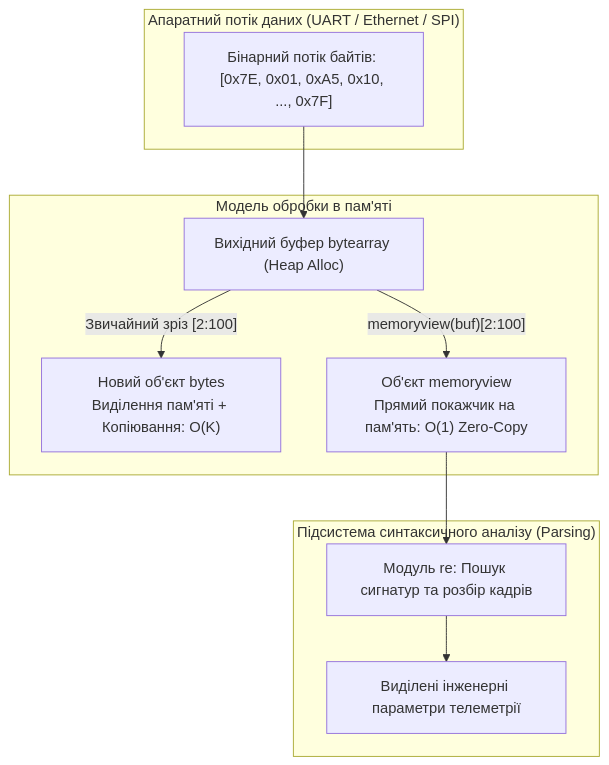
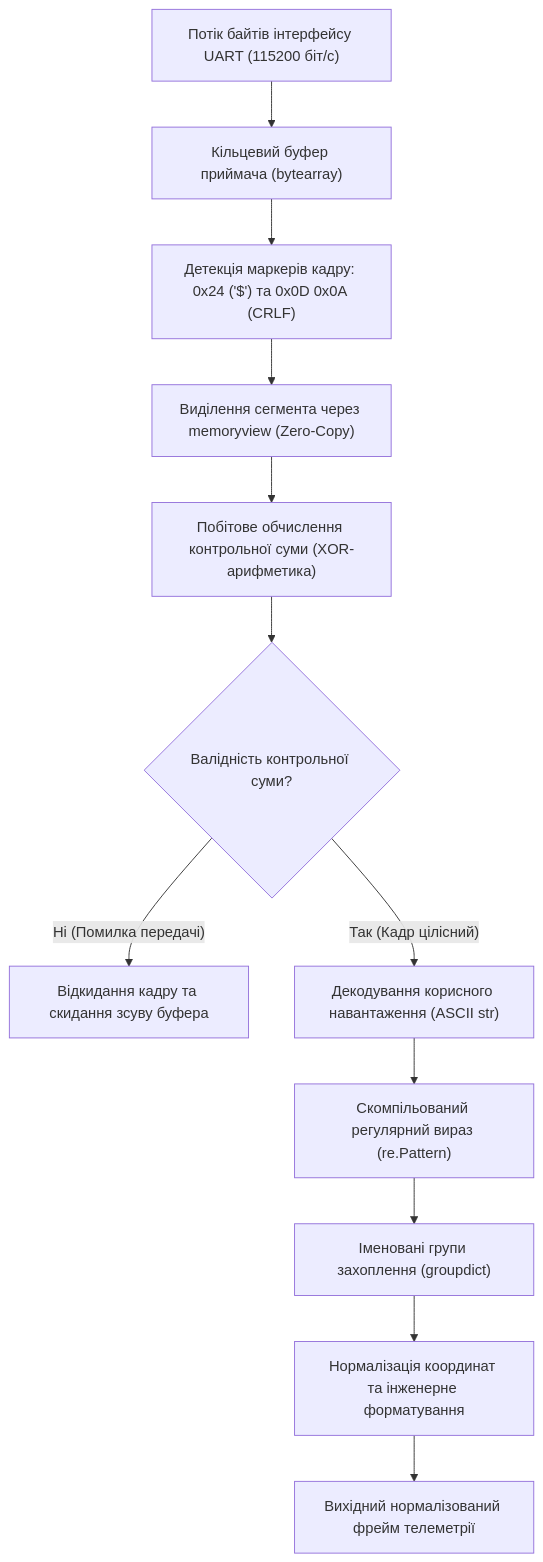
One commit to KyryloVadurin/python-programming changed the fourth of 4 diagrams in docs/lk/lk4.md. Above: the diagram before and after it, drawn with Mermaid. The commit also changed other lines of this file, not shown here.

````diff
--- a/docs/lk/lk4.md
+++ b/docs/lk/lk4.md
@@ -149,18 +354,17 @@
 ```mermaid
 flowchart TD
-    subgraph Hardware_Layer["Апаратний потік даних (UART / Ethernet / SPI)"]
-        RawStream["Бінарний потік байтів: [0x7E, 0x01, 0xA5, 0x10, ..., 0x7F]"]
-    end
-
-    subgraph Memory_Allocation["Модель обробки в пам'яті"]
-        RawStream --> BaseBuffer["Вихідний буфер bytearray (Heap Alloc)"]
-        
-        BaseBuffer -- "Звичайний зріз [2:100]" --> CopyBuf["Новий об'єкт bytes\nВиділення пам'яті + Копіювання: O(K)"]
-        BaseBuffer -- "memoryview(buf)[2:100]" --> ZeroCopy["Об'єкт memoryview\nПрямий покажчик на пам'ять: O(1) Zero-Copy"]
-    end
-
-    subgraph Decoding_Pipeline["Підсистема синтаксичного аналізу (Parsing)"]
-        ZeroCopy --> RegExEngine["Модуль re: Пошук сигнатур та розбір кадрів"]
-        RegExEngine --> DataFrame["Виділені інженерні параметри телеметрії"]
-    end
+    UART_Stream["Потік байтів інтерфейсу UART (115200 біт/с)"] --> RingBuffer["Кільцевий буфер приймача (bytearray)"]
+    RingBuffer --> FrameDetector["Детекція маркерів кадру: 0x24 ('$') та 0x0D 0x0A (CRLF)"]
+    
+    FrameDetector --> MemorySlice["Виділення сегмента через memoryview (Zero-Copy)"]
+    MemorySlice --> ChecksumCalc["Побітове обчислення контрольної суми (XOR-арифметика)"]
+    
+    ChecksumCalc --> ValidCheck{"Валідність контрольної суми?"}
+    ValidCheck -- "Ні (Помилка передачі)" --> DropFrame["Відкидання кадру та скидання зсуву буфера"]
+    ValidCheck -- "Так (Кадр цілісний)" --> AsciiDecode["Декодування корисного навантаження (ASCII str)"]
+    
+    AsciiDecode --> SRE_Matcher["Скомпільований регулярний вираз (re.Pattern)"]
+    SRE_Matcher --> ExtractDict["Іменовані групи захоплення (groupdict)"]
+    ExtractDict --> UnitConversion["Нормалізація координат та інженерне форматування"]
+    UnitConversion --> TargetOutput["Вихідний нормалізований фрейм телеметрії"]
 ```
````
